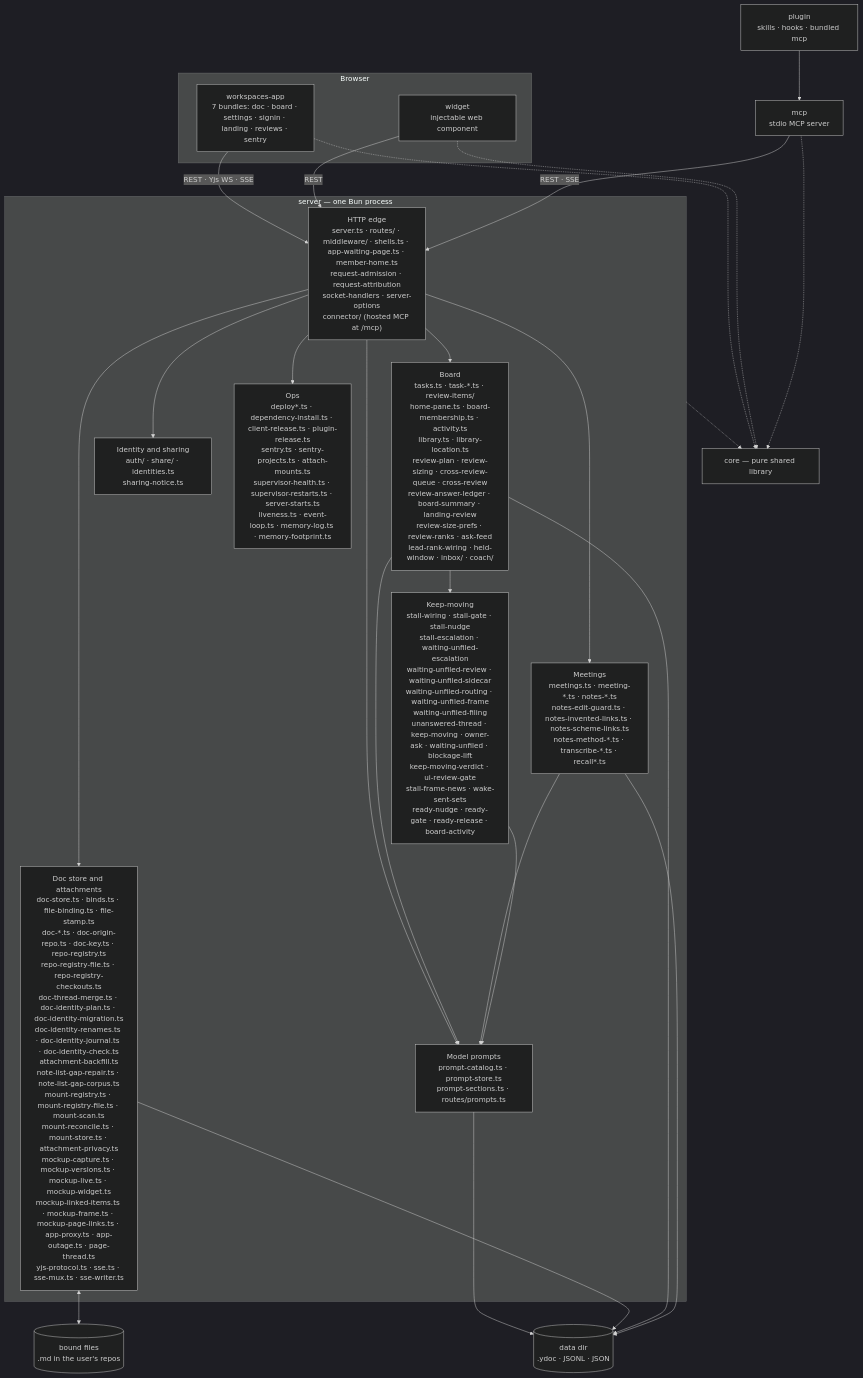
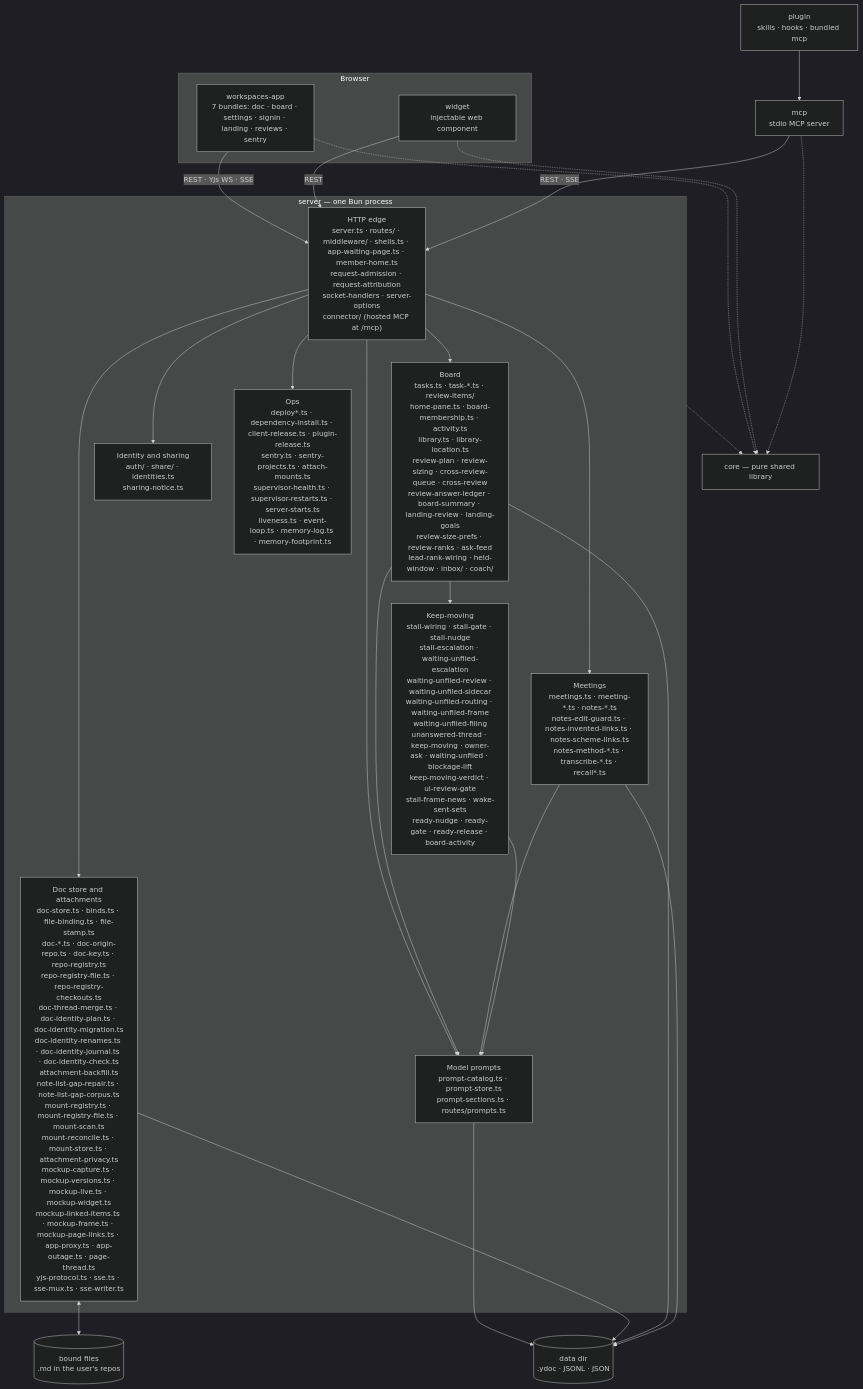
One commit to fryanpan/claude-workspace-plugin changed the first of 2 diagrams in docs/architecture/overview.md. Above: the diagram before and after it, drawn with Mermaid (dark theme). The commit also changed other lines of this file and 27 other files, not shown here.

First line of the commit message:
Team Lead files each ask under a weekly goal, and Home groups the queue by it (#1237)

````diff
--- a/docs/architecture/overview.md
+++ b/docs/architecture/overview.md
@@ -45,35 +45,35 @@
 ```mermaid
 flowchart TB
   subgraph browser[Browser]
     app["workspaces-app<br/>7 bundles: doc · board · settings · signin · landing · reviews · sentry"]
     wid["widget<br/>injectable web component"]
   end
   plug["plugin<br/>skills · hooks · bundled mcp"]
   mcp["mcp<br/>stdio MCP server"]
   subgraph srv["server — one Bun process"]
     edge["HTTP edge<br/>server.ts · routes/ · middleware/ · shells.ts · app-waiting-page.ts · member-home.ts<br/>request-admission · request-attribution<br/>socket-handlers · server-options<br/>connector/ (hosted MCP at /mcp)"]
     docs["Doc store and attachments<br/>doc-store.ts · binds.ts · file-binding.ts · file-stamp.ts<br/>doc-*.ts · doc-origin-repo.ts · doc-key.ts · repo-registry.ts<br/>repo-registry-file.ts · repo-registry-checkouts.ts<br/>doc-thread-merge.ts · doc-identity-plan.ts · doc-identity-migration.ts<br/>doc-identity-renames.ts · doc-identity-journal.ts · doc-identity-check.ts<br/>attachment-backfill.ts<br/>note-list-gap-repair.ts · note-list-gap-corpus.ts<br/>mount-registry.ts · mount-registry-file.ts · mount-scan.ts<br/>mount-reconcile.ts · mount-store.ts · attachment-privacy.ts<br/>mockup-capture.ts · mockup-versions.ts · mockup-live.ts · mockup-widget.ts<br/>mockup-linked-items.ts · mockup-frame.ts · mockup-page-links.ts · app-proxy.ts · app-outage.ts · page-thread.ts<br/>yjs-protocol.ts · sse.ts · sse-mux.ts · sse-writer.ts"]
-    board["Board<br/>tasks.ts · task-*.ts · review-items/<br/>home-pane.ts · board-membership.ts · activity.ts<br/>library.ts · library-location.ts<br/>review-plan · review-sizing · cross-review-queue · cross-review<br/>review-answer-ledger · board-summary · landing-review<br/>review-size-prefs · review-ranks · ask-feed<br/>lead-rank-wiring · held-window · inbox/ · coach/"]
+    board["Board<br/>tasks.ts · task-*.ts · review-items/<br/>home-pane.ts · board-membership.ts · activity.ts<br/>library.ts · library-location.ts<br/>review-plan · review-sizing · cross-review-queue · cross-review<br/>review-answer-ledger · board-summary · landing-review · landing-goals<br/>review-size-prefs · review-ranks · ask-feed<br/>lead-rank-wiring · held-window · inbox/ · coach/"]
     meet["Meetings<br/>meetings.ts · meeting-*.ts · notes-*.ts<br/>notes-edit-guard.ts · notes-invented-links.ts · notes-scheme-links.ts<br/>notes-method-*.ts · transcribe-*.ts · recall*.ts"]
     keep["Keep-moving<br/>stall-wiring · stall-gate · stall-nudge<br/>stall-escalation · waiting-unfiled-escalation<br/>waiting-unfiled-review · waiting-unfiled-sidecar<br/>waiting-unfiled-routing · waiting-unfiled-frame<br/>waiting-unfiled-filing<br/>unanswered-thread · keep-moving · owner-ask · waiting-unfiled · blockage-lift<br/>keep-moving-verdict · ui-review-gate<br/>stall-frame-news · wake-sent-sets<br/>ready-nudge · ready-gate · ready-release · board-activity"]
     ident["Identity and sharing<br/>auth/ · share/ · identities.ts<br/>sharing-notice.ts"]
     prompts["Model prompts<br/>prompt-catalog.ts · prompt-store.ts<br/>prompt-sections.ts · routes/prompts.ts"]
     ops["Ops<br/>deploy*.ts · dependency-install.ts · client-release.ts · plugin-release.ts<br/>sentry.ts · sentry-projects.ts · attach-mounts.ts<br/>supervisor-health.ts · supervisor-restarts.ts · server-starts.ts<br/>liveness.ts · event-loop.ts · memory-log.ts · memory-footprint.ts"]
   end
   core["core — pure shared library"]
   disk[("data dir<br/>.ydoc · JSONL · JSON")]
   files[("bound files<br/>.md in the user's repos")]
 
   app -->|"REST · Yjs WS · SSE"| edge
   wid -->|REST| edge
   plug --> mcp
   mcp -->|"REST · SSE"| edge
   edge --> docs & board & meet & ident & ops & prompts
   board & meet & keep --> prompts
   prompts --> disk
   board --> keep
   docs <--> files
   docs & board & meet --> disk
   app & wid & mcp -.-> core
   srv -.-> core
 ```
````
